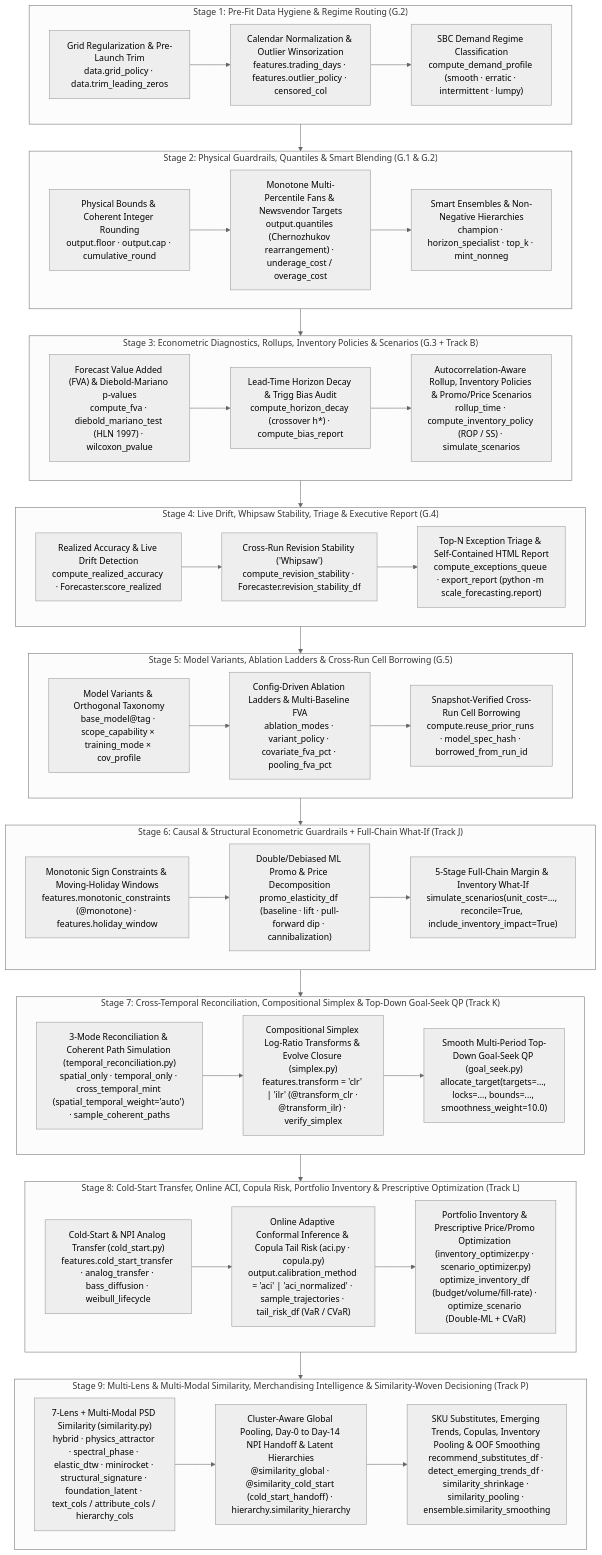
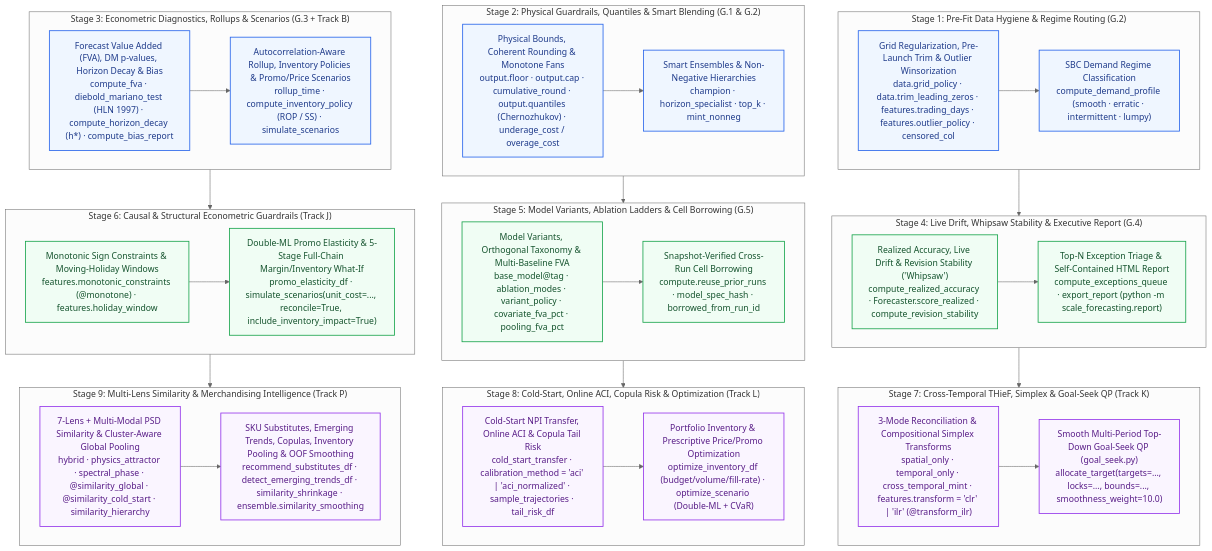
Before and after one commit to statmike/scale-forecasting: the first of 5 diagrams in docs/forecaster_workbench.md, drawn with Mermaid (neutral theme). The commit also changed other lines of this file and 16 other files, not shown here.

Commit message:
docs: expand temporal reconciliation reference, fix GitHub MathJax & Mermaid aspect ratios, and add pre-commit tripwires

````diff
--- a/docs/forecaster_workbench.md
+++ b/docs/forecaster_workbench.md
@@ -5,67 +5,64 @@
 ```mermaid
 flowchart TD
+    classDef g1 fill:#eff6ff,stroke:#2563eb,stroke-width:1.5px,color:#1e3a8a
+    classDef g2 fill:#f0fdf4,stroke:#16a34a,stroke-width:1.5px,color:#14532d
+    classDef g3 fill:#faf5ff,stroke:#9333ea,stroke-width:1.5px,color:#581c87
+
     subgraph S1["Stage 1: Pre-Fit Data Hygiene & Regime Routing (G.2)"]
-        H1["Grid Regularization & Pre-Launch Trim<br/>data.grid_policy · data.trim_leading_zeros"]
-        H2["Calendar Normalization & Outlier Winsorization<br/>features.trading_days · features.outlier_policy · censored_col"]
-        H3["SBC Demand Regime Classification<br/>compute_demand_profile (smooth · erratic · intermittent · lumpy)"]
-        H1 --> H2 --> H3
+        H1["Grid Regularization, Pre-Launch Trim & Outlier Winsorization<br/>data.grid_policy · data.trim_leading_zeros · features.trading_days · features.outlier_policy · censored_col"]:::g1
+        H2["SBC Demand Regime Classification<br/>compute_demand_profile (smooth · erratic · intermittent · lumpy)"]:::g1
+        H1 --> H2
     end
 
     subgraph S2["Stage 2: Physical Guardrails, Quantiles & Smart Blending (G.1 & G.2)"]
-        B1["Physical Bounds & Coherent Integer Rounding<br/>output.floor · output.cap · cumulative_round"]
-        B2["Monotone Multi-Percentile Fans & Newsvendor Targets<br/>output.quantiles (Chernozhukov rearrangement) · underage_cost / overage_cost"]
-        B3["Smart Ensembles & Non-Negative Hierarchies<br/>champion · horizon_specialist · top_k · mint_nonneg"]
-        B1 --> B2 --> B3
+        B1["Physical Bounds, Coherent Rounding & Monotone Fans<br/>output.floor · output.cap · cumulative_round · output.quantiles (Chernozhukov) · underage_cost / overage_cost"]:::g1
+        B2["Smart Ensembles & Non-Negative Hierarchies<br/>champion · horizon_specialist · top_k · mint_nonneg"]:::g1
+        B1 --> B2
     end
 
-    subgraph S3["Stage 3: Econometric Diagnostics, Rollups, Inventory Policies & Scenarios (G.3 + Track B)"]
-        D1["Forecast Value Added (FVA) & Diebold-Mariano p-values<br/>compute_fva · diebold_mariano_test (HLN 1997) · wilcoxon_pvalue"]
-        D2["Lead-Time Horizon Decay & Trigg Bias Audit<br/>compute_horizon_decay (crossover h*) · compute_bias_report"]
-        D3["Autocorrelation-Aware Rollup, Inventory Policies & Promo/Price Scenarios<br/>rollup_time · compute_inventory_policy (ROP / SS) · simulate_scenarios"]
-        D1 --> D2 --> D3
+    subgraph S3["Stage 3: Econometric Diagnostics, Rollups & Scenarios (G.3 + Track B)"]
+        D1["Forecast Value Added (FVA), DM p-values, Horizon Decay & Bias<br/>compute_fva · diebold_mariano_test (HLN 1997) · compute_horizon_decay (h*) · compute_bias_report"]:::g1
+        D2["Autocorrelation-Aware Rollup, Inventory Policies & Promo/Price Scenarios<br/>rollup_time · compute_inventory_policy (ROP / SS) · simulate_scenarios"]:::g1
+        D1 --> D2
     end
 
-    subgraph S4["Stage 4: Live Drift, Whipsaw Stability, Triage & Executive Report (G.4)"]
-        L1["Realized Accuracy & Live Drift Detection<br/>compute_realized_accuracy · Forecaster.score_realized"]
-        L2["Cross-Run Revision Stability ('Whipsaw')<br/>compute_revision_stability · Forecaster.revision_stability_df"]
-        L3["Top-N Exception Triage & Self-Contained HTML Report<br/>compute_exceptions_queue · export_report (python -m scale_forecasting.report)"]
-        L1 --> L2 --> L3
+    subgraph S4["Stage 4: Live Drift, Whipsaw Stability & Executive Report (G.4)"]
+        L1["Realized Accuracy, Live Drift & Revision Stability ('Whipsaw')<br/>compute_realized_accuracy · Forecaster.score_realized · compute_revision_stability"]:::g2
+        L2["Top-N Exception Triage & Self-Contained HTML Report<br/>compute_exceptions_queue · export_report (python -m scale_forecasting.report)"]:::g2
+        L1 --> L2
     end
 
-    subgraph S5["Stage 5: Model Variants, Ablation Ladders & Cross-Run Cell Borrowing (G.5)"]
-        V1["Model Variants & Orthogonal Taxonomy<br/>base_model@tag · scope_capability × training_mode × cov_profile"]
-        V2["Config-Driven Ablation Ladders & Multi-Baseline FVA<br/>ablation_modes · variant_policy · covariate_fva_pct · pooling_fva_pct"]
-        V3["Snapshot-Verified Cross-Run Cell Borrowing<br/>compute.reuse_prior_runs · model_spec_hash · borrowed_from_run_id"]
-        V1 --> V2 --> V3
+    subgraph S5["Stage 5: Model Variants, Ablation Ladders & Cell Borrowing (G.5)"]
+        V1["Model Variants, Orthogonal Taxonomy & Multi-Baseline FVA<br/>base_model@tag · ablation_modes · variant_policy · covariate_fva_pct · pooling_fva_pct"]:::g2
+        V2["Snapshot-Verified Cross-Run Cell Borrowing<br/>compute.reuse_prior_runs · model_spec_hash · borrowed_from_run_id"]:::g2
+        V1 --> V2
     end
 
-    subgraph S6["Stage 6: Causal & Structural Econometric Guardrails + Full-Chain What-If (Track J)"]
-        J1["Monotonic Sign Constraints & Moving-Holiday Windows<br/>features.monotonic_constraints (@monotone) · features.holiday_window"]
-        J2["Double/Debiased ML Promo & Price Decomposition<br/>promo_elasticity_df (baseline · lift · pull-forward dip · cannibalization)"]
-        J3["5-Stage Full-Chain Margin & Inventory What-If<br/>simulate_scenarios(unit_cost=..., reconcile=True, include_inventory_impact=True)"]
-        J1 --> J2 --> J3
+    subgraph S6["Stage 6: Causal & Structural Econometric Guardrails (Track J)"]
+        J1["Monotonic Sign Constraints & Moving-Holiday Windows<br/>features.monotonic_constraints (@monotone) · features.holiday_window"]:::g2
+        J2["Double-ML Promo Elasticity & 5-Stage Full-Chain Margin/Inventory What-If<br/>promo_elasticity_df · simulate_scenarios(unit_cost=..., reconcile=True, include_inventory_impact=True)"]:::g2
+        J1 --> J2
     end
 
-    subgraph S7["Stage 7: Cross-Temporal Reconciliation, Compositional Simplex & Top-Down Goal-Seek QP (Track K)"]
-        K1["3-Mode Reconciliation & Coherent Path Simulation (temporal_reconciliation.py)<br/>spatial_only · temporal_only · cross_temporal_mint (spatial_temporal_weight='auto') · sample_coherent_paths"]
-        K2["Compositional Simplex Log-Ratio Transforms & Evolve Closure (simplex.py)<br/>features.transform = 'clr' | 'ilr' (@transform_clr · @transform_ilr) · verify_simplex"]
-        K3["Smooth Multi-Period Top-Down Goal-Seek QP (goal_seek.py)<br/>allocate_target(targets=..., locks=..., bounds=..., smoothness_weight=10.0)"]
-        K1 --> K2 --> K3
+    subgraph S7["Stage 7: Cross-Temporal THieF, Simplex & Goal-Seek QP (Track K)"]
+        K1["3-Mode Reconciliation & Compositional Simplex Transforms<br/>spatial_only · temporal_only · cross_temporal_mint · features.transform = 'clr' | 'ilr' (@transform_ilr)"]:::g3
+        K2["Smooth Multi-Period Top-Down Goal-Seek QP (goal_seek.py)<br/>allocate_target(targets=..., locks=..., bounds=..., smoothness_weight=10.0)"]:::g3
+        K1 --> K2
     end
 
-    subgraph S8["Stage 8: Cold-Start Transfer, Online ACI, Copula Risk, Portfolio Inventory & Prescriptive Optimization (Track L)"]
-        M1["Cold-Start & NPI Analog Transfer (cold_start.py)<br/>features.cold_start_transfer · analog_transfer · bass_diffusion · weibull_lifecycle"]
-        M2["Online Adaptive Conformal Inference & Copula Tail Risk (aci.py · copula.py)<br/>output.calibration_method = 'aci' | 'aci_normalized' · sample_trajectories · tail_risk_df (VaR / CVaR)"]
-        M3["Portfolio Inventory & Prescriptive Price/Promo Optimization (inventory_optimizer.py · scenario_optimizer.py)<br/>optimize_inventory_df (budget/volume/fill-rate) · optimize_scenario (Double-ML + CVaR)"]
-        M1 --> M2 --> M3
+    subgraph S8["Stage 8: Cold-Start, Online ACI, Copula Risk & Optimization (Track L)"]
+        M1["Cold-Start NPI Transfer, Online ACI & Copula Tail Risk<br/>cold_start_transfer · calibration_method = 'aci' | 'aci_normalized' · sample_trajectories · tail_risk_df"]:::g3
+        M2["Portfolio Inventory & Prescriptive Price/Promo Optimization<br/>optimize_inventory_df (budget/volume/fill-rate) · optimize_scenario (Double-ML + CVaR)"]:::g3
+        M1 --> M2
     end
 
-    subgraph S9["Stage 9: Multi-Lens & Multi-Modal Similarity, Merchandising Intelligence & Similarity-Woven Decisioning (Track P)"]
-        P_SIM1["7-Lens + Multi-Modal PSD Similarity (similarity.py)<br/>hybrid · physics_attractor · spectral_phase · elastic_dtw · minirocket · structural_signature · foundation_latent · text_cols / attribute_cols / hierarchy_cols"]
-        P_SIM2["Cluster-Aware Global Pooling, Day-0 to Day-14 NPI Handoff & Latent Hierarchies<br/>@similarity_global · @similarity_cold_start (cold_start_handoff) · hierarchy.similarity_hierarchy"]
-        P_SIM3["SKU Substitutes, Emerging Trends, Copulas, Inventory Pooling & OOF Smoothing<br/>recommend_substitutes_df · detect_emerging_trends_df · similarity_shrinkage · similarity_pooling · ensemble.similarity_smoothing"]
-        P_SIM1 --> P_SIM2 --> P_SIM3
+    subgraph S9["Stage 9: Multi-Lens Similarity & Merchandising Intelligence (Track P)"]
+        P_SIM1["7-Lens + Multi-Modal PSD Similarity & Cluster-Aware Global Pooling<br/>hybrid · physics_attractor · spectral_phase · @similarity_global · @similarity_cold_start · similarity_hierarchy"]:::g3
+        P_SIM2["SKU Substitutes, Emerging Trends, Copulas, Inventory Pooling & OOF Smoothing<br/>recommend_substitutes_df · detect_emerging_trends_df · similarity_shrinkage · ensemble.similarity_smoothing"]:::g3
+        P_SIM1 --> P_SIM2
     end
 
-    S1 --> S2 --> S3 --> S4 --> S5 --> S6 --> S7 --> S8 --> S9
+    S1 --> S4 --> S7
+    S2 --> S5 --> S8
+    S3 --> S6 --> S9
 ```
````
